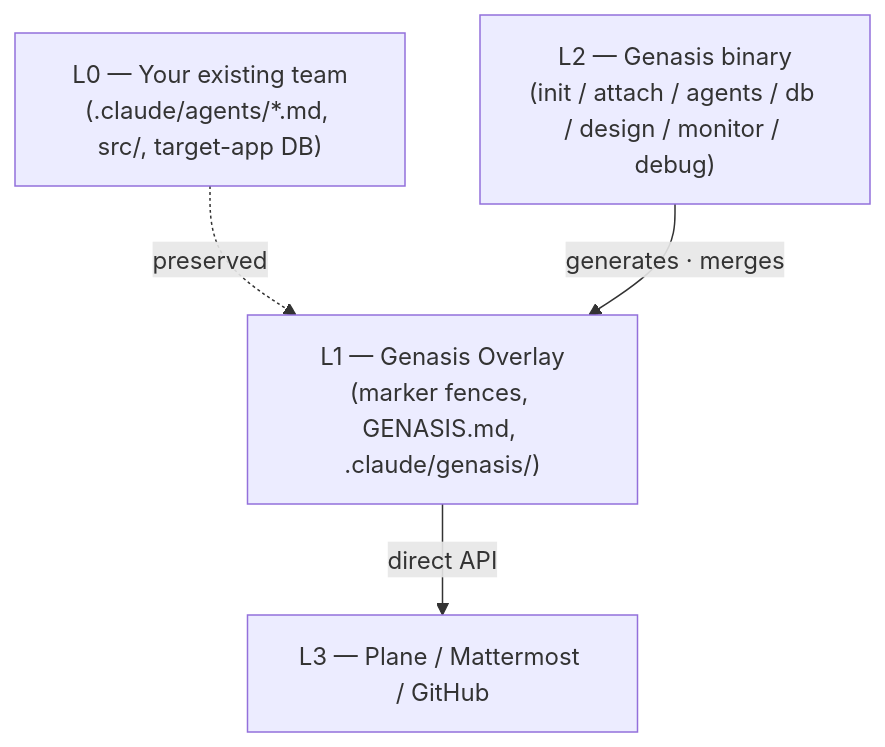
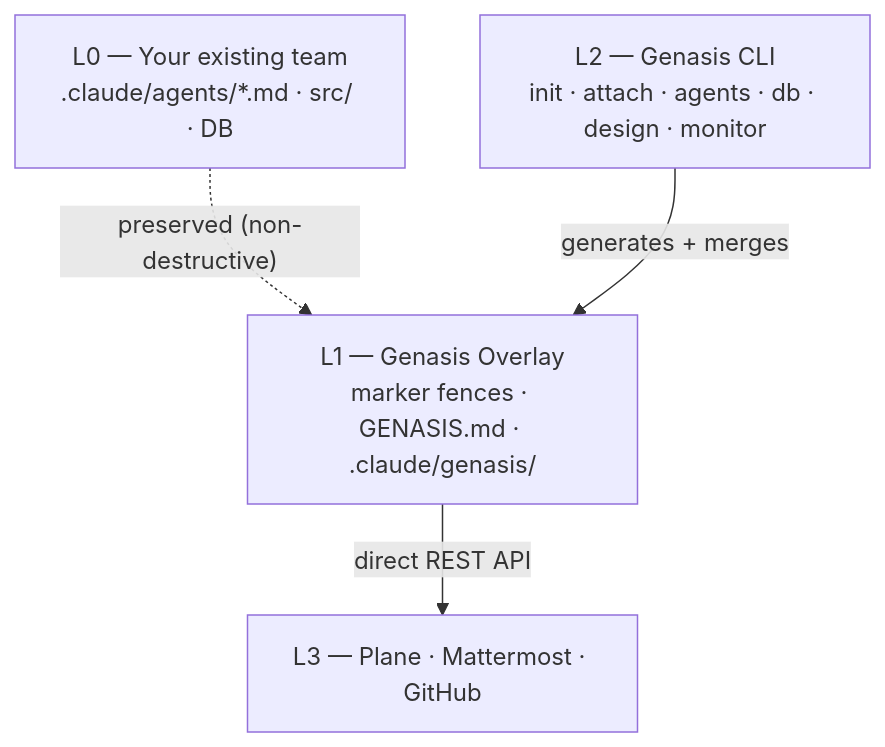
Before and after one commit to claude-genasis/genasis: the second of 2 diagrams in README.md, drawn with Mermaid. The commit also changed other lines of this file and 2 other files, not shown here.

````diff
--- a/README.md
+++ b/README.md
@@ -226,10 +144,10 @@
 ```mermaid
 flowchart TB
-  L0["L0 — Your existing team<br/>(.claude/agents/*.md, src/, target-app DB)"]
-  L1["L1 — Genasis Overlay<br/>(marker fences, GENASIS.md, .claude/genasis/)"]
-  L2["L2 — Genasis binary<br/>(init / attach / agents / db / design / monitor / debug)"]
-  L3["L3 — Plane / Mattermost / GitHub"]
-  L0 -. preserved .-> L1
-  L2 -- generates · merges --> L1
-  L1 -- direct API --> L3
+  L0["L0 — Your existing team<br/>.claude/agents/*.md · src/ · DB"]
+  L1["L1 — Genasis Overlay<br/>marker fences · GENASIS.md · .claude/genasis/"]
+  L2["L2 — Genasis CLI<br/>init · attach · agents · db · design · monitor"]
+  L3["L3 — Plane · Mattermost · GitHub"]
+  L0 -. "preserved (non-destructive)" .-> L1
+  L2 -- "generates + merges" --> L1
+  L1 -- "direct REST API" --> L3
 ```
````
